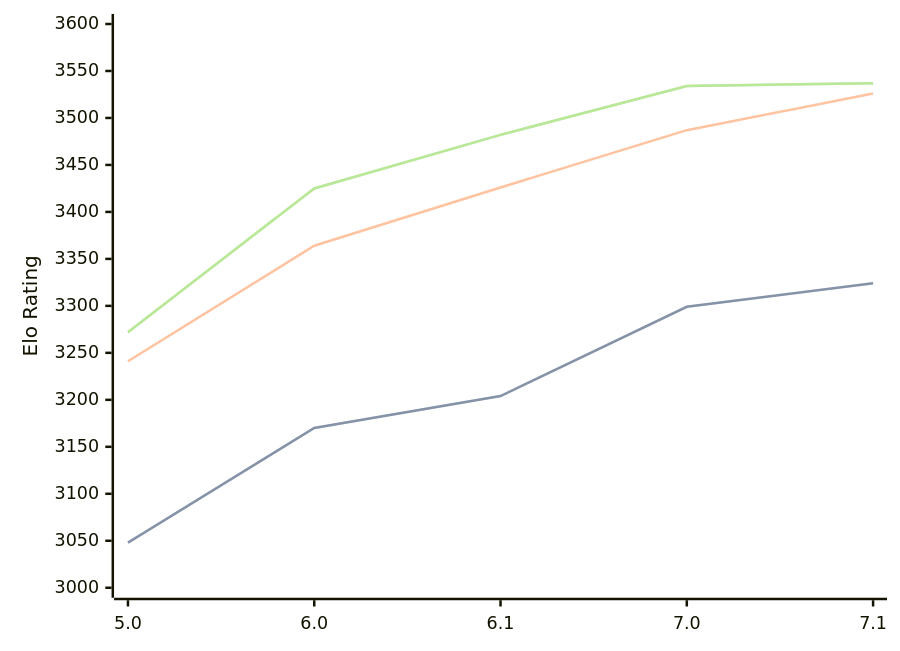
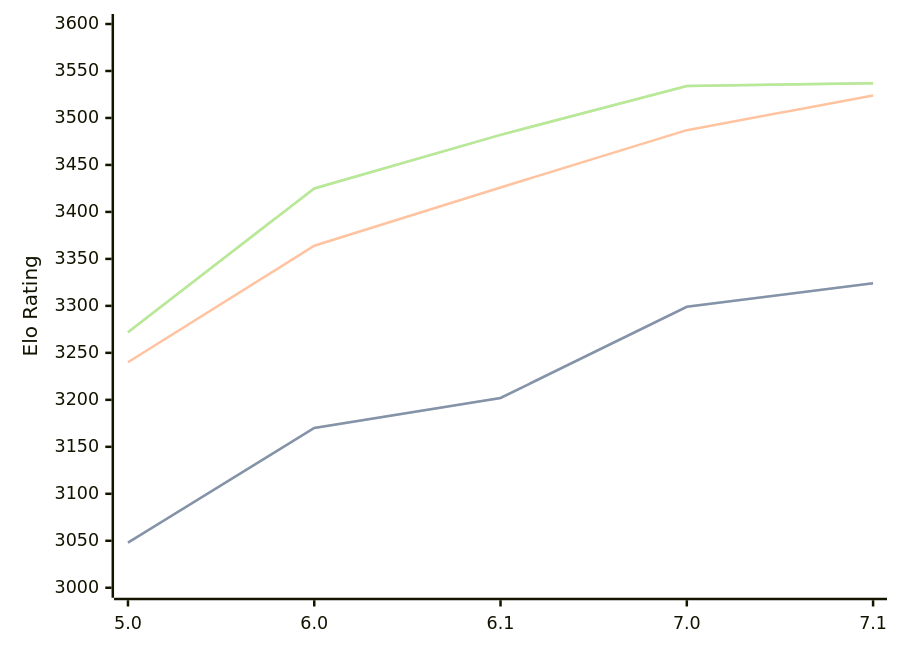
One commit to computer-chess-index/cci changed the diagram in engines/PZChessBot.md. Above: the diagram before and after it, drawn with Mermaid. The commit also changed other lines of this file, not shown here.

````diff
--- a/engines/PZChessBot.md
+++ b/engines/PZChessBot.md
@@ -35,11 +35,11 @@
 ```mermaid
 %%{init: {"theme":"base","themeVariables":{"seriesColors:['#a3a3a3','#222221','#faa371']}}}%%
 xychart-beta
   x-axis ["5.0", "6.0", "6.1", "7.0", "7.1"]
   y-axis "Elo Rating" 3000 --> 3600
-  line "" [3048, 3170, 3204, 3299, 3324]
-  line "STC (8.0+0.08s)" [3048, 3170, 3204, 3299, 3324]
-  line "LTC (60.0+0.60s)" [3241, 3364, 3426, 3487, 3526]
+  line "" [3048, 3170, 3202, 3299, 3324]
+  line "STC (8.0+0.08s)" [3048, 3170, 3202, 3299, 3324]
+  line "LTC (60.0+0.60s)" [3240, 3364, 3426, 3487, 3524]
   line "" [3272, 3425, 3482, 3534, 3537]
   line "VLTC (2m24s+1.12s)" [3272, 3425, 3482, 3534, 3537]
 ```
````
